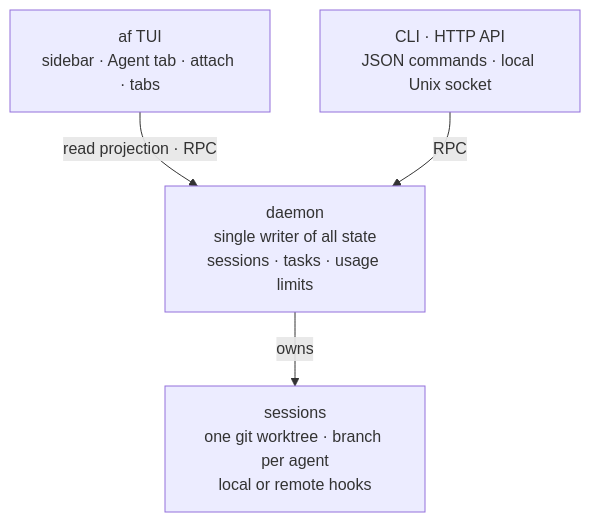
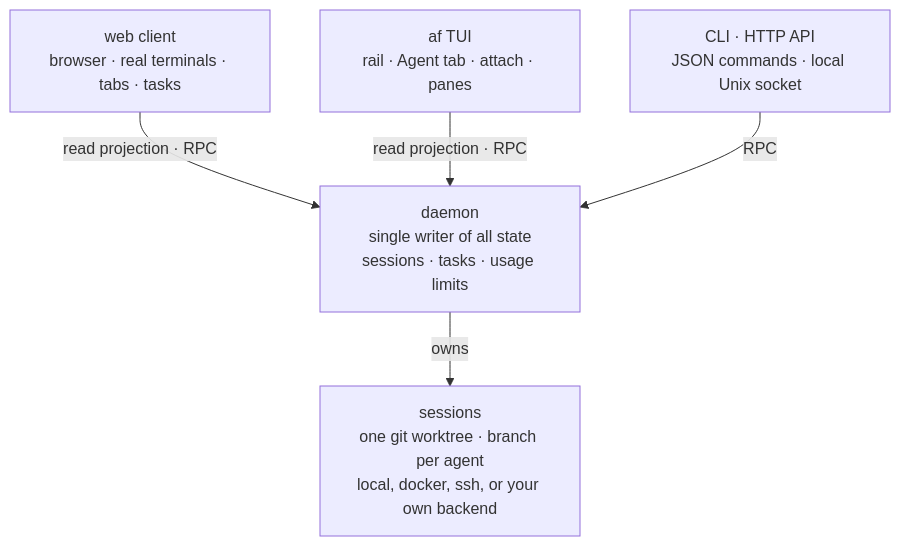
One commit to sachiniyer/agent-factory changed the diagram in docs/index.md. Above: the diagram before and after it, drawn with Mermaid. The commit also changed other lines of this file and 58 other files, not shown here.

````diff
--- a/docs/index.md
+++ b/docs/index.md
@@ -80,11 +139,13 @@
 ```mermaid
 flowchart TB
-    tui["af TUI<br/>sidebar · Agent tab · attach · tabs"]
+    web["web client<br/>browser · real terminals · tabs · tasks"]
+    tui["af TUI<br/>rail · Agent tab · attach · panes"]
     cli["CLI · HTTP API<br/>JSON commands · local Unix socket"]
     daemon["daemon<br/>single writer of all state<br/>sessions · tasks · usage limits"]
-    sessions["sessions<br/>one git worktree · branch per agent<br/>local or remote hooks"]
+    sessions["sessions<br/>one git worktree · branch per agent<br/>local, docker, ssh, or your own backend"]
 
+    web -->|"read projection · RPC"| daemon
     tui -->|"read projection · RPC"| daemon
     cli -->|"RPC"| daemon
     daemon -->|"owns"| sessions
 ```
````
